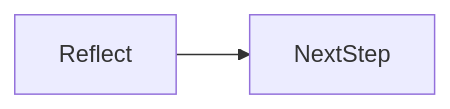
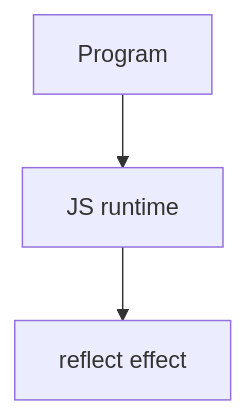
Before and after one commit to OmidJavaherii/Frontend-Engineering-Handbook: the second of 2 diagrams in docs/en/06-javascript/reflect/index.md, drawn with Mermaid. The commit also changed other lines of this file and 461 other files, not shown here.

````diff
--- a/docs/en/06-javascript/reflect/index.md
+++ b/docs/en/06-javascript/reflect/index.md
@@ -95,4 +109,5 @@
 ```mermaid
-flowchart LR
-  concept[Reflect] --> nextStep[NextStep]
+flowchart TD
+  Code[Program] --> Runtime[JS runtime]
+  Runtime --> Effect[reflect effect]
 ```
````
